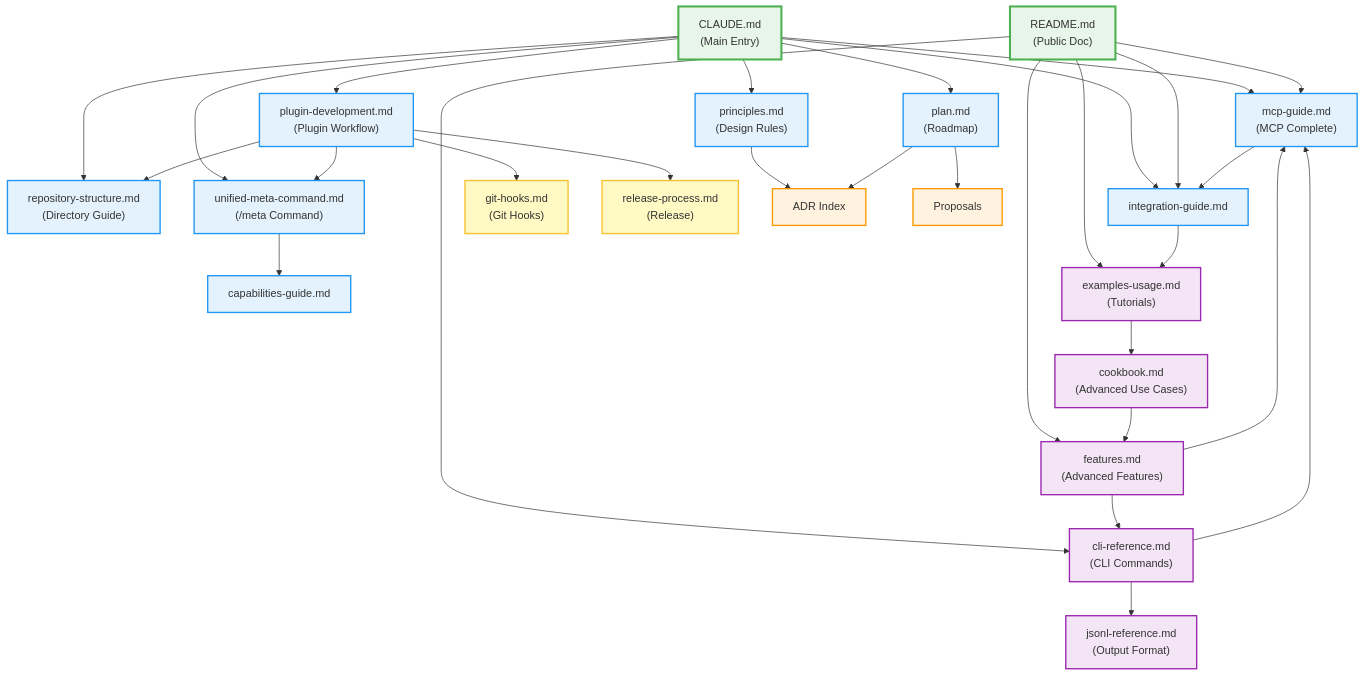
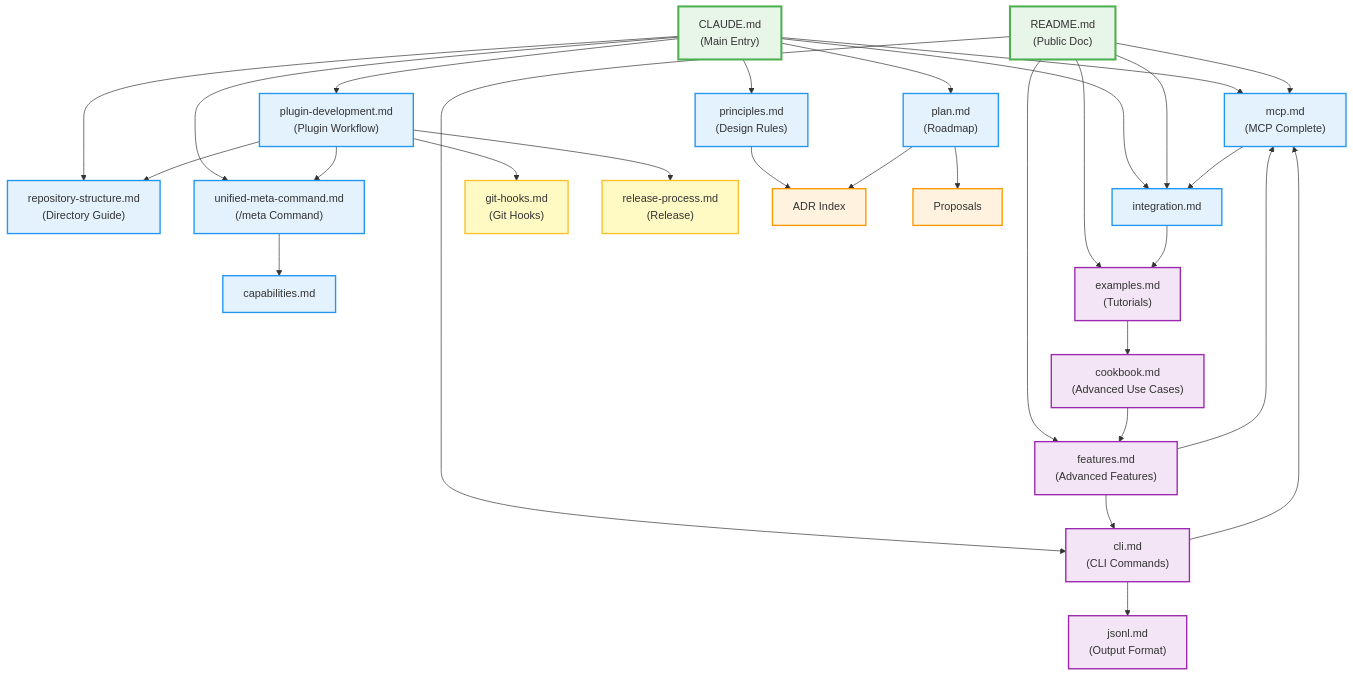
One commit to yaleh/meta-cc changed the diagram in docs/DOCUMENTATION_MAP.md. Above: the diagram before and after it, drawn with Mermaid. The commit also changed 1 other file, not shown here.

Commit message:
docs: reflect updated /meta capabilities and rename doc links
Update the CLAUDE.md description to show that the `/meta` command now supports 15+ capabilities (up from 13+).
Rename several documentation references in DOCUMENTATION_MAP.md to match the new filenames (integration.md, mcp.md, capabilities.md, cli.md, jsonl.md, examples.md). This keeps the documentation map and links consistent with the actual files and improves clarity for users.

````diff
--- a/docs/DOCUMENTATION_MAP.md
+++ b/docs/DOCUMENTATION_MAP.md
@@ -56,74 +56,74 @@
 ```mermaid
 graph TD
 
   %% Core Entry Points
   CLAUDE_md["CLAUDE.md<br/>(Main Entry)"]:::entry
   README_md["README.md<br/>(Public Doc)"]:::entry
 
   %% Key Guides
   docs_plan_md["plan.md<br/>(Roadmap)"]:::guide
   docs_principles_md["principles.md<br/>(Design Rules)"]:::guide
   docs_plugin_development_md["plugin-development.md<br/>(Plugin Workflow)"]:::guide
   docs_repository_structure_md["repository-structure.md<br/>(Directory Guide)"]:::guide
   docs_unified_meta_command_md["unified-meta-command.md<br/>(/meta Command)"]:::guide
-  docs_integration_guide_md["integration-guide.md"]:::guide
-  docs_mcp_guide_md["mcp-guide.md<br/>(MCP Complete)"]:::guide
-  docs_capabilities_guide_md["capabilities-guide.md"]:::guide
+  docs_integration_guide_md["integration.md"]:::guide
+  docs_mcp_guide_md["mcp.md<br/>(MCP Complete)"]:::guide
+  docs_capabilities_guide_md["capabilities.md"]:::guide
 
   %% Maintenance Guides
   docs_git_hooks_md["git-hooks.md<br/>(Git Hooks)"]:::maintenance
   docs_release_process_md["release-process.md<br/>(Release)"]:::maintenance
 
   %% Reference Docs
-  docs_cli_reference_md["cli-reference.md<br/>(CLI Commands)"]:::reference
-  docs_jsonl_reference_md["jsonl-reference.md<br/>(Output Format)"]:::reference
+  docs_cli_reference_md["cli.md<br/>(CLI Commands)"]:::reference
+  docs_jsonl_reference_md["jsonl.md<br/>(Output Format)"]:::reference
   docs_features_md["features.md<br/>(Advanced Features)"]:::reference
-  docs_examples_usage_md["examples-usage.md<br/>(Tutorials)"]:::reference
+  docs_examples_usage_md["examples.md<br/>(Tutorials)"]:::reference
   docs_cookbook_md["cookbook.md<br/>(Advanced Use Cases)"]:::reference
 
   %% Architecture
   docs_adr_README_md["ADR Index"]:::adr
   docs_proposals_md["Proposals"]:::adr
 
   %% Dependencies - Core Entry Points
   CLAUDE_md --> docs_principles_md
   CLAUDE_md --> docs_plan_md
   CLAUDE_md --> docs_plugin_development_md
   CLAUDE_md --> docs_repository_structure_md
   CLAUDE_md --> docs_mcp_guide_md
   CLAUDE_md --> docs_integration_guide_md
   CLAUDE_md --> docs_unified_meta_command_md
 
   README_md --> docs_mcp_guide_md
   README_md --> docs_integration_guide_md
   README_md --> docs_examples_usage_md
   README_md --> docs_cli_reference_md
   README_md --> docs_features_md
 
   %% Dependencies - Guides
   docs_principles_md --> docs_adr_README_md
   docs_plan_md --> docs_adr_README_md
   docs_plan_md --> docs_proposals_md
   docs_plugin_development_md --> docs_git_hooks_md
   docs_plugin_development_md --> docs_release_process_md
   docs_plugin_development_md --> docs_repository_structure_md
   docs_plugin_development_md --> docs_unified_meta_command_md
   docs_unified_meta_command_md --> docs_capabilities_guide_md
   docs_integration_guide_md --> docs_examples_usage_md
   docs_mcp_guide_md --> docs_integration_guide_md
   docs_examples_usage_md --> docs_cookbook_md
 
   %% Dependencies - Reference
   docs_cli_reference_md --> docs_jsonl_reference_md
   docs_cli_reference_md --> docs_mcp_guide_md
   docs_features_md --> docs_cli_reference_md
   docs_features_md --> docs_mcp_guide_md
   docs_cookbook_md --> docs_features_md
 
   %% Styles
   classDef entry fill:#e8f5e9,stroke:#4caf50,stroke-width:3px
   classDef guide fill:#e3f2fd,stroke:#2196f3,stroke-width:2px
   classDef maintenance fill:#fff9c4,stroke:#fbc02d,stroke-width:2px
   classDef reference fill:#f3e5f5,stroke:#9c27b0,stroke-width:2px
   classDef adr fill:#fff3e0,stroke:#ff9800,stroke-width:2px
 ```
````
